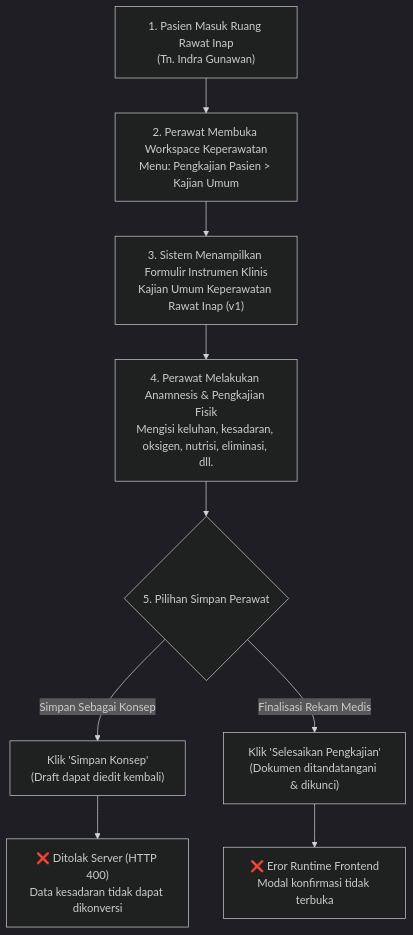
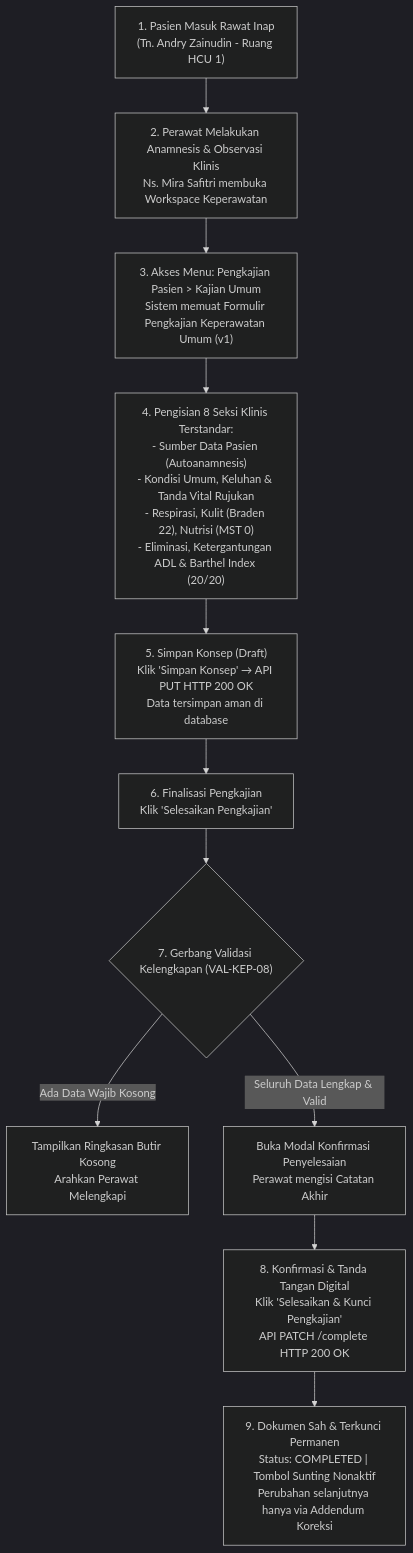
Before and after one commit to DevBenari/NewQuilvianSystemBackend: the diagram in docs/module-blueprints/rawat-inap/keperawatan/testing/test-by-agy/laporan-testing-live-kajian-umum.md, drawn with Mermaid (dark theme). The commit also changed other lines of this file and 21 other files, not shown here.

First line of the commit message:
feat: Add detailed reports for frontend changes (FE-RWI-220) and UAT live testing of vital signs in nursing care

````diff
--- a/docs/module-blueprints/rawat-inap/keperawatan/testing/test-by-agy/laporan-testing-live-kajian-umum.md
+++ b/docs/module-blueprints/rawat-inap/keperawatan/testing/test-by-agy/laporan-testing-live-kajian-umum.md
@@ -32,11 +38,13 @@
 ```mermaid
 flowchart TD
-    A["1. Pasien Masuk Ruang Rawat Inap<br/>(Tn. Indra Gunawan)"] --> B["2. Perawat Membuka Workspace Keperawatan<br/>Menu: Pengkajian Pasien > Kajian Umum"]
-    B --> C["3. Sistem Menampilkan Formulir Instrumen Klinis<br/>Kajian Umum Keperawatan Rawat Inap (v1)"]
-    C --> D["4. Perawat Melakukan Anamnesis & Pengkajian Fisik<br/>Mengisi keluhan, kesadaran, oksigen, nutrisi, eliminasi, dll."]
-    D --> E{"5. Pilihan Simpan Perawat"}
-    E -->|"Simpan Sebagai Konsep"| F["Klik 'Simpan Konsep'<br/>(Draft dapat diedit kembali)"]
-    E -->|"Finalisasi Rekam Medis"| G["Klik 'Selesaikan Pengkajian'<br/>(Dokumen ditandatangani & dikunci)"]
-    F --> H["❌ Ditolak Server (HTTP 400)<br/>Data kesadaran tidak dapat dikonversi"]
-    G --> I["❌ Eror Runtime Frontend<br/>Modal konfirmasi tidak terbuka"]
+    A["1. Pasien Masuk Rawat Inap<br/>(Tn. Andry Zainudin - Ruang HCU 1)"] --> B["2. Perawat Melakukan Anamnesis & Observasi Klinis<br/>Ns. Mira Safitri membuka Workspace Keperawatan"]
+    B --> C["3. Akses Menu: Pengkajian Pasien > Kajian Umum<br/>Sistem memuat Formulir Pengkajian Keperawatan Umum (v1)"]
+    C --> D["4. Pengisian 8 Seksi Klinis Terstandar:<br/>- Sumber Data Pasien (Autoanamnesis)<br/>- Kondisi Umum, Keluhan & Tanda Vital Rujukan<br/>- Respirasi, Kulit (Braden 22), Nutrisi (MST 0)<br/>- Eliminasi, Ketergantungan ADL & Barthel Index (20/20)"]
+    D --> E["5. Simpan Konsep (Draft)<br/>Klik 'Simpan Konsep' &rarr; API PUT HTTP 200 OK<br/>Data tersimpan aman di database"]
+    E --> F["6. Finalisasi Pengkajian<br/>Klik 'Selesaikan Pengkajian'"]
+    F --> G{"7. Gerbang Validasi Kelengkapan (VAL-KEP-08)"}
+    G -->|"Ada Data Wajib Kosong"| H["Tampilkan Ringkasan Butir Kosong<br/>Arahkan Perawat Melengkapi"]
+    G -->|"Seluruh Data Lengkap & Valid"| I["Buka Modal Konfirmasi Penyelesaian<br/>Perawat mengisi Catatan Akhir"]
+    I --> J["8. Konfirmasi & Tanda Tangan Digital<br/>Klik 'Selesaikan & Kunci Pengkajian'<br/>API PATCH /complete HTTP 200 OK"]
+    J --> K["9. Dokumen Sah & Terkunci Permanen<br/>Status: COMPLETED | Tombol Sunting Nonaktif<br/>Perubahan selanjutnya hanya via Addendum Koreksi"]
 ```
````
